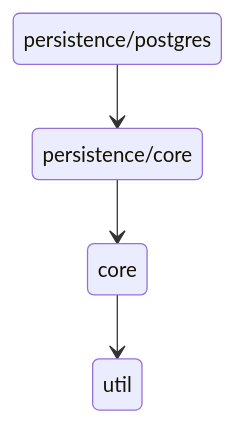
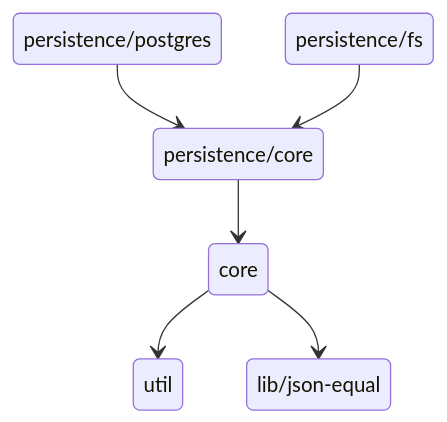
One commit to ayakovlenko/dirigent changed the diagram in README.md. Above: the diagram before and after it, drawn with Mermaid. The commit also changed other lines of this file and 6 other files, not shown here.

````diff
--- a/README.md
+++ b/README.md
@@ -19,11 +19,15 @@
 ```mermaid
 stateDiagram-v2
-    state "core" as s0
-    state "util" as s1
-    state "persistence/core" as s2
-    state "persistence/postgres" as s3
+    state "lib/json-equal" as s0
+    state "core" as s1
+    state "util" as s2
+    state "persistence/core" as s3
+    state "persistence/postgres" as s4
+    state "persistence/fs" as s5
 
-    s0 --> s1
-    s2 --> s0
-    s3 --> s2
+    s1 --> s2
+    s1 --> s0
+    s3 --> s1
+    s4 --> s3
+    s5 --> s3
 ```
````
